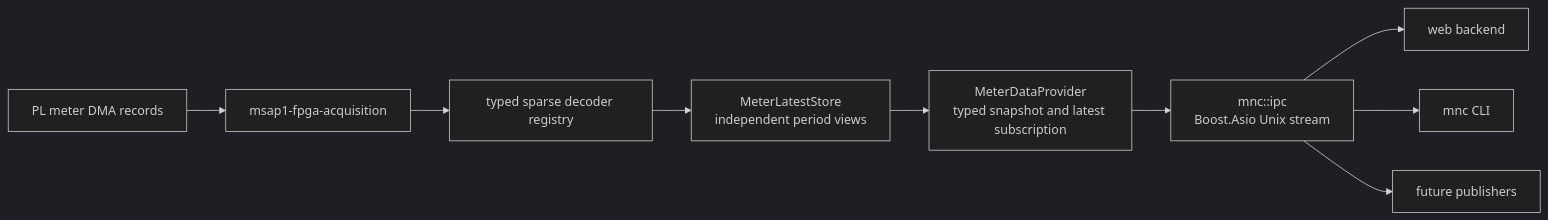
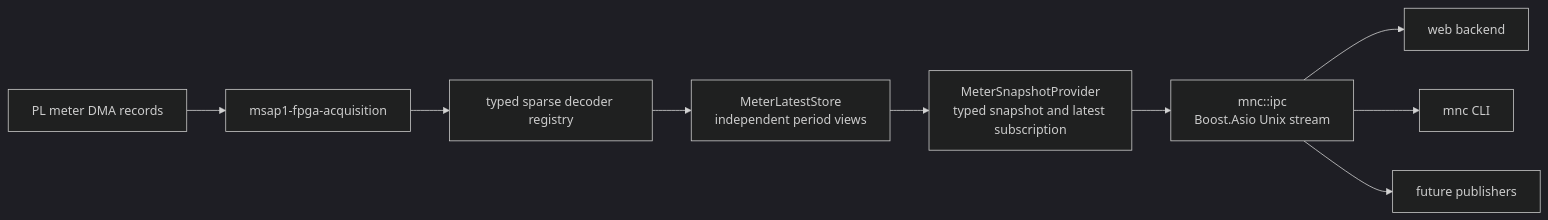
Before and after one commit to Monutchee/MSAP1_APU: the first of 4 diagrams in docs/System_Architecture/IPC_SERVICE_ARCHITECTURE.md, drawn with Mermaid (dark theme). The commit also changed other lines of this file and 41 other files, not shown here.

Commit message:
refactor(meter): unify snapshot and stream providers

````diff
--- a/docs/System_Architecture/IPC_SERVICE_ARCHITECTURE.md
+++ b/docs/System_Architecture/IPC_SERVICE_ARCHITECTURE.md
@@ -5,11 +5,11 @@
 ```mermaid
 flowchart LR
     PL["PL meter DMA records"] --> DAEMON["msap1-fpga-acquisition"]
     DAEMON --> DECODER["typed sparse decoder registry"]
     DECODER --> STORE["MeterLatestStore\nindependent period views"]
-    STORE --> API["MeterDataProvider\ntyped snapshot and latest subscription"]
+    STORE --> API["MeterSnapshotProvider\ntyped snapshot and latest subscription"]
     API --> IPC["mnc::ipc\nBoost.Asio Unix stream"]
     IPC --> WEB["web backend"]
     IPC --> CLI["mnc CLI"]
     IPC --> PUB["future publishers"]
 ```
````
